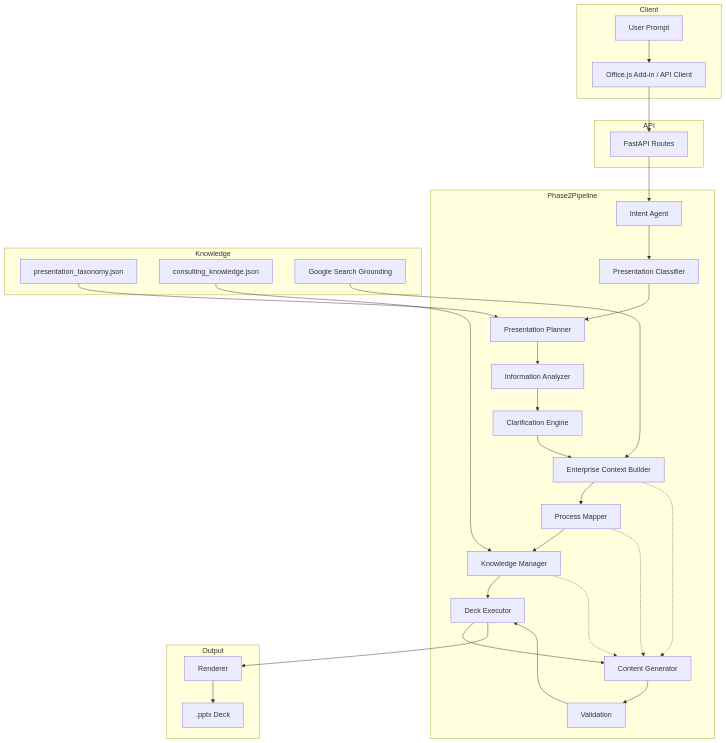
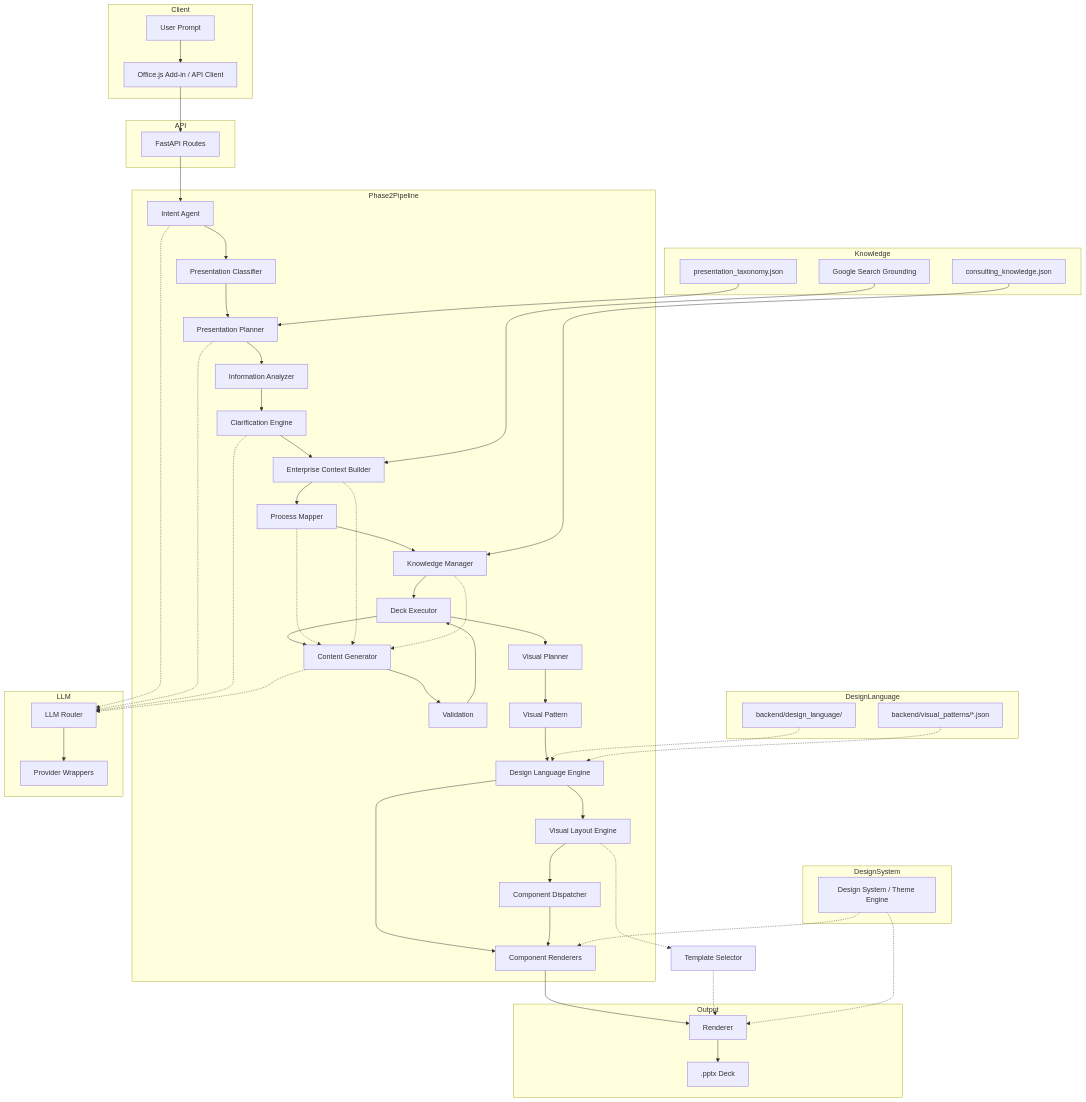
Before and after one commit to madhavkapoor13/ey-ai-slide-generator: the diagram in docs/ARCHITECTURE.md, drawn with Mermaid. The commit also changed other lines of this file and 194 other files, not shown here.

```diff
--- a/docs/ARCHITECTURE.md
+++ b/docs/ARCHITECTURE.md
@@ -48,12 +48,32 @@
         DE[Deck Executor]
         CG[Content Generator]
         V[Validation]
+        VP[Visual Planner]
+        VPat[Visual Pattern]
+        DLE[Design Language Engine]
+        VLE[Visual Layout Engine]
+        CD[Component Dispatcher]
+        CR[Component Renderers]
+    end
+
+    subgraph LLM
+        LR[LLM Router]
+        PW[Provider Wrappers]
     end
 
     subgraph Knowledge
         PT[presentation_taxonomy.json]
         CK[consulting_knowledge.json]
         GS[Google Search Grounding]
+    end
+
+    subgraph DesignLanguage
+        DL[backend/design_language/]
+        VPJ[backend/visual_patterns/*.json]
+    end
+
+    subgraph DesignSystem
+        DS[Design System / Theme Engine]
     end
 
     subgraph Output
@@ -75,8 +95,26 @@
     DE --> CG
     CG --> V
     V --> DE
-    DE --> Ren
+    DE --> VP
+    VP --> VPat
+    VPat --> DLE
+    DLE --> VLE
+    DLE --> CR
+    VLE --> CD
+    CD --> CR
+    CR --> Ren
     Ren --> PPTX
+    VLE -.-> TS[Template Selector]
+    TS -.-> Ren
+    DL -.-> DLE
+    VPJ -.-> DLE
+    DS -.-> CR
+    DS -.-> Ren
+    I -.-> LR
+    PP -.-> LR
+    CE -.-> LR
+    CG -.-> LR
+    LR --> PW
 
     PT --> PP
     CK --> KM
```
